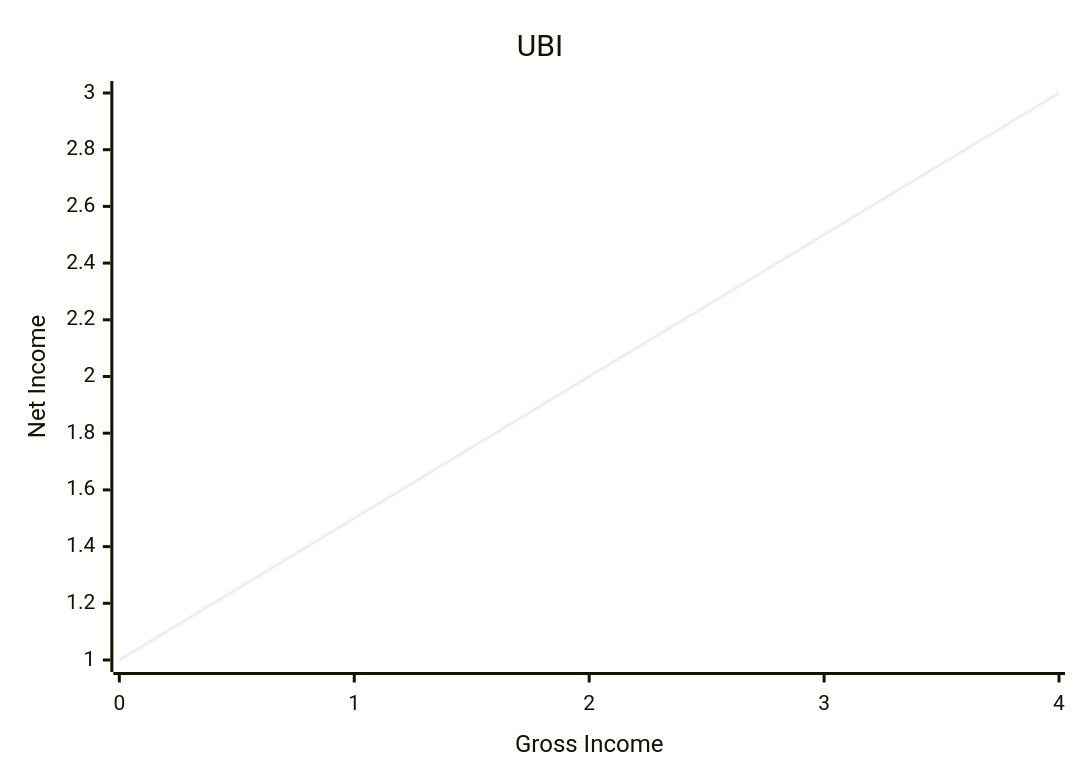
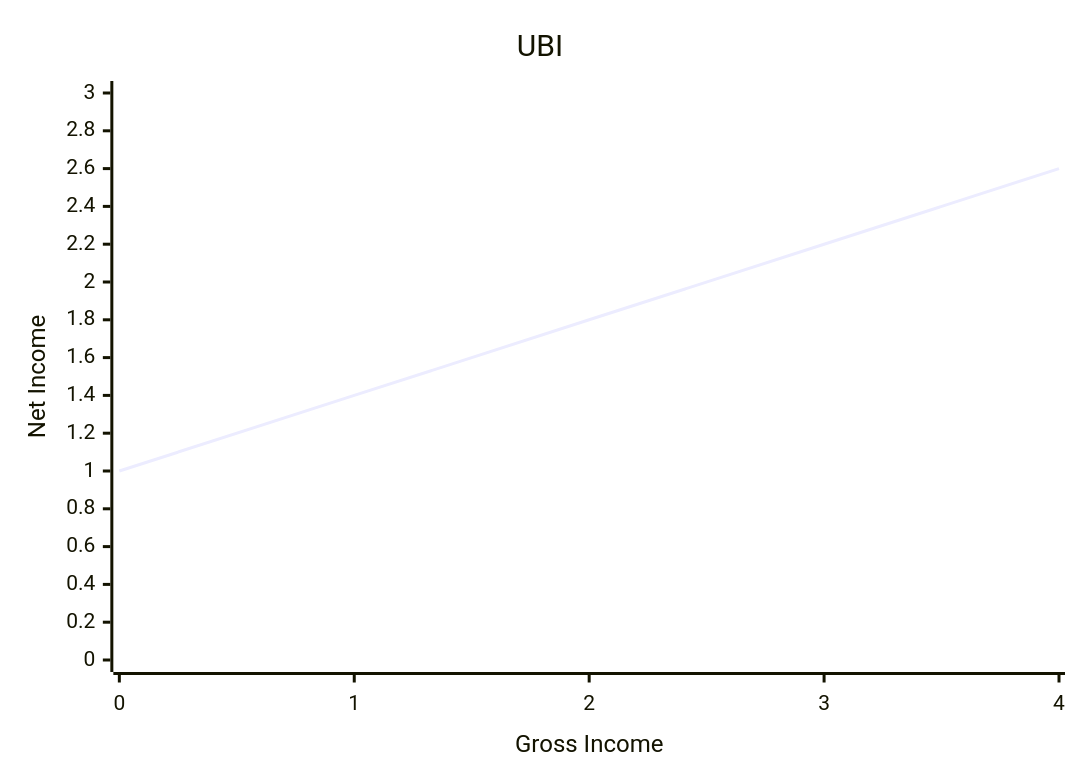
Before and after one commit to sergey-shandar/public: the third of 3 diagrams in notes/economy/justice.md, drawn with Mermaid. The commit also changed other lines of this file, not shown here.

````diff
--- a/notes/economy/justice.md
+++ b/notes/economy/justice.md
@@ -36,7 +40,7 @@
 ```mermaid
 xychart-beta
     title "UBI"
     x-axis "Gross Income" [0, 1, 2, 3, 4]
-    y-axis "Net Income" 
-    line [1, 1.5, 2, 2.5, 3]
+    y-axis "Net Income" 0 --> 3
+    line [1, 1.4, 1.8, 2.2, 2.6]
 ```
````
